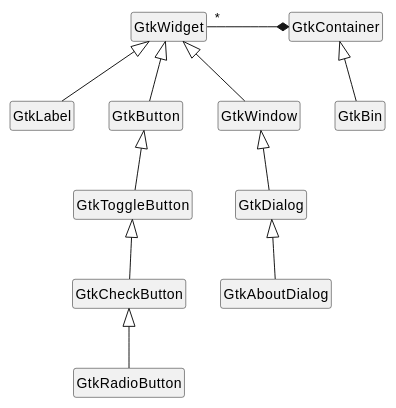
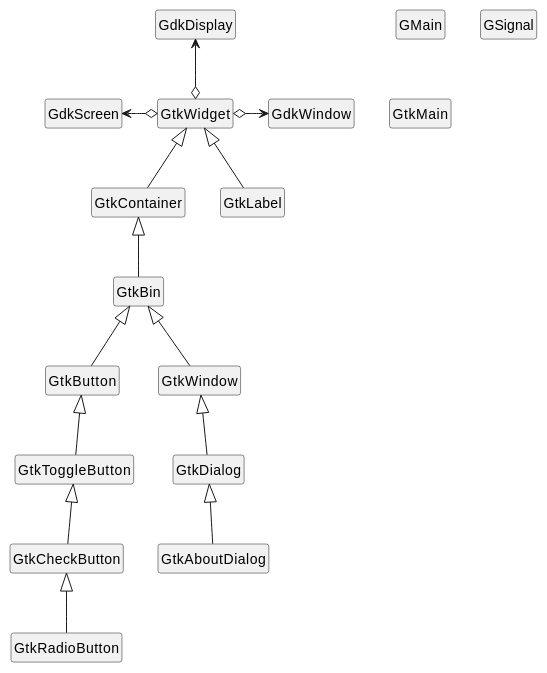
The third of 3 diagrams in doc/Design.md (MARTIMM/gtk-glade), drawn with PlantUML before and after one commit. The commit also changed 1 other file, not shown here.

Commit message:
design and notes

````diff
--- a/doc/Design.md
+++ b/doc/Design.md
@@ -109,37 +109,49 @@
 ```plantuml
 
 hide members
 hide circle
 
+class GMain
+class GSignal
+
+class GdkScreen
+class GdkDisplay
+class GdkWindow
+
+
+class GtkMain
 class GtkWidget
+GdkScreen <-o GtkWidget
+GdkDisplay <--o GtkWidget
+GtkWidget o-> GdkWindow
 
 class GtkBin
 class GtkContainer
 
 class GtkLabel
 
 class GtkButton
 class GtkToggleButton
 class GtkCheckButton
 class GtkRadioButton
 
 class GtkWindow
 class GtkDialog
 class GtkAboutDialog
 
-GtkWidget <|-- GtkButton
+GtkBin <|-- GtkButton
 GtkButton <|-- GtkToggleButton
 GtkToggleButton <|-- GtkCheckButton
 GtkCheckButton <|-- GtkRadioButton
 
-GtkWidget <|-- GtkWindow
+GtkBin <|-- GtkWindow
 GtkWindow <|-- GtkDialog
 GtkDialog <|-- GtkAboutDialog
 
 GtkWidget <|-- GtkLabel
 
 GtkContainer <|-- GtkBin
-GtkWidget "*" -* GtkContainer
+GtkWidget <|-- GtkContainer
 'GtkBin --* GtkButton
 
 ```
````
